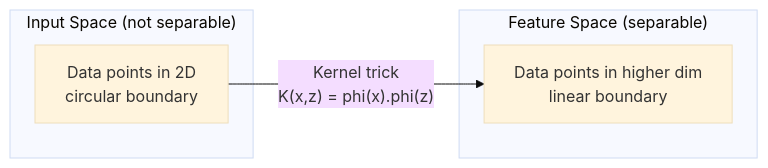
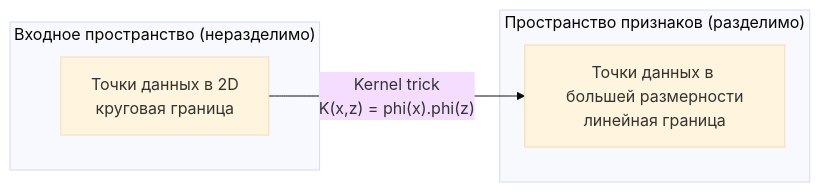
The third of 3 diagrams in phases/02-ml-fundamentals/05-support-vector-machines/docs/ru.md (stabuev/ai-engineering-from-scratch), drawn with Mermaid (base theme) before and after one commit. The commit also changed other lines of this file and 22 other files, not shown here.

````diff
--- a/phases/02-ml-fundamentals/05-support-vector-machines/docs/ru.md
+++ b/phases/02-ml-fundamentals/05-support-vector-machines/docs/ru.md
@@ -178,10 +178,10 @@
 ```mermaid
 graph LR
-    subgraph "Input Space (not separable)"
-        A["Data points in 2D<br>circular boundary"]
+    subgraph "Входное пространство (неразделимо)"
+        A["Точки данных в 2D<br>круговая граница"]
     end
-    subgraph "Feature Space (separable)"
-        B["Data points in higher dim<br>linear boundary"]
+    subgraph "Пространство признаков (разделимо)"
+        B["Точки данных в большей размерности<br>линейная граница"]
     end
     A -->|"Kernel trick<br>K(x,z) = phi(x).phi(z)"| B
 ```
````
